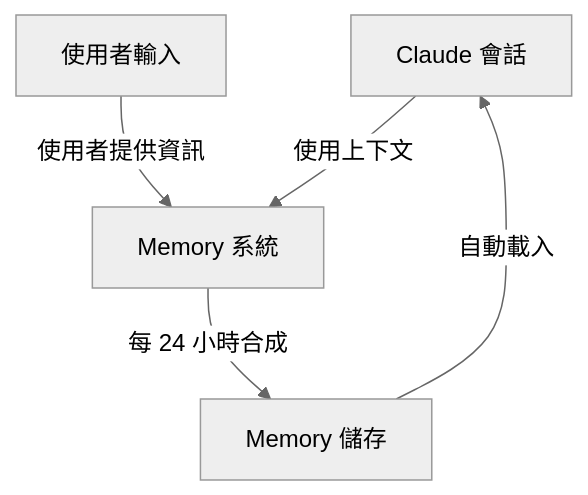
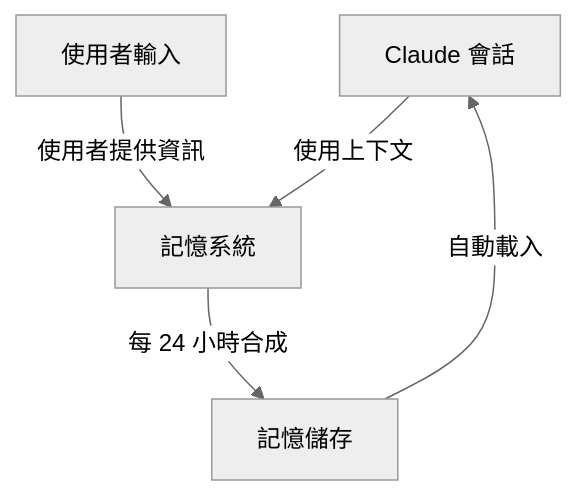
The eighth of 22 diagrams in claude_concepts_guide.md (huckly/claude-howto-zh-tw), drawn with Mermaid (neutral theme) before and after one commit. The commit also changed other lines of this file and 6 other files, not shown here.

````diff
--- a/claude_concepts_guide.md
+++ b/claude_concepts_guide.md
@@ -551,12 +541,12 @@
 ```mermaid
 graph TB
     A["Claude 會話"]
     B["使用者輸入"]
-    C["Memory 系統"]
-    D["Memory 儲存"]
+    C["記憶系統"]
+    D["記憶儲存"]
 
     B -->|使用者提供資訊| C
     C -->|每 24 小時合成| D
     D -->|自動載入| A
     A -->|使用上下文| C
 ```
````
